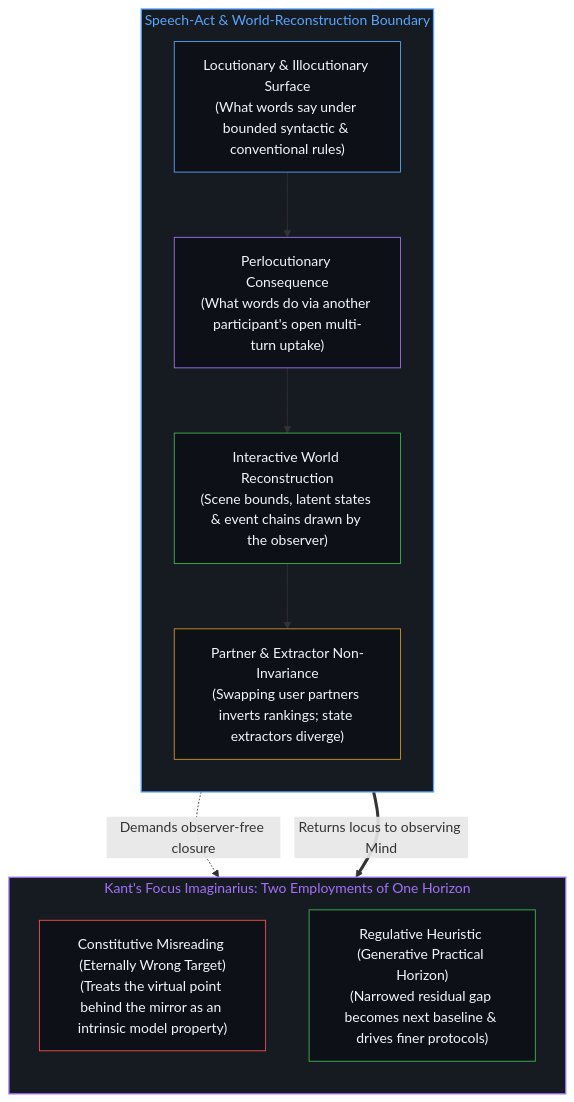
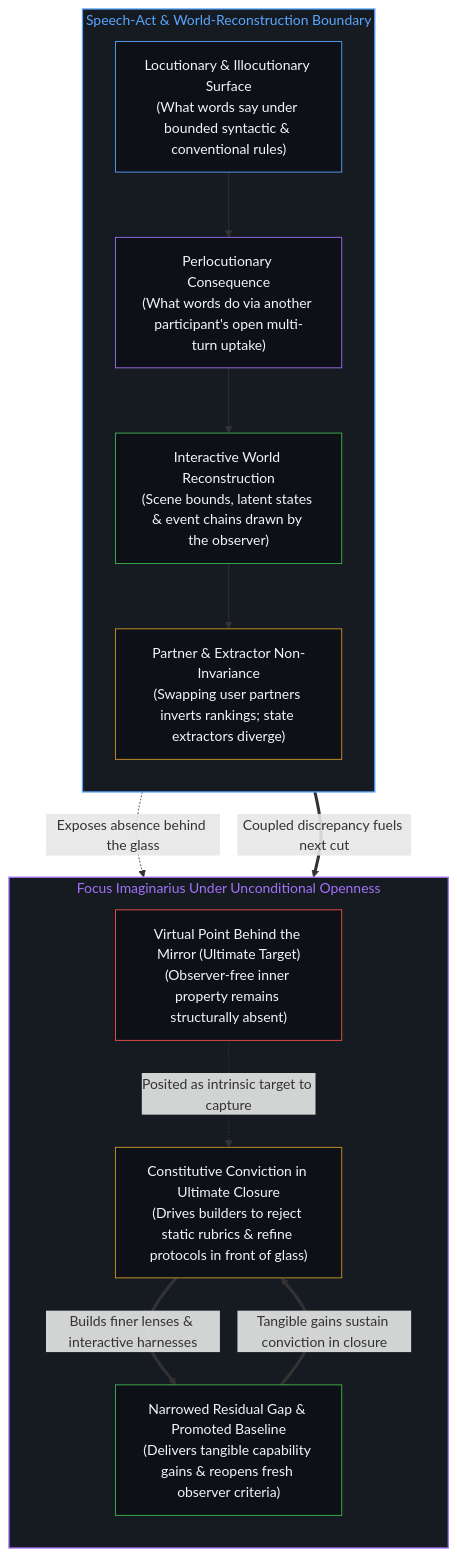
One commit to powerpig99/not-a-toe changed the second of 4 diagrams in content/posts/eternally-wrong-questions-that-haunt-practice.md. Above: the diagram before and after it, drawn with Mermaid. The commit also changed other lines of this file and 3 other files, not shown here.

Commit message:
Refine Post #445: trace unconditional openness and the conviction-progress loop

````diff
--- a/content/posts/eternally-wrong-questions-that-haunt-practice.md
+++ b/content/posts/eternally-wrong-questions-that-haunt-practice.md
@@ -50,26 +55,31 @@
 ```mermaid
 flowchart TD
     subgraph S_Speech["Speech-Act & World-Reconstruction Boundary"]
         direction TB
         LOC["Locutionary & Illocutionary Surface<br/>(What words say under bounded syntactic & conventional rules)"]
         PER["Perlocutionary Consequence<br/>(What words do via another participant's open multi-turn uptake)"]
         REC["Interactive World Reconstruction<br/>(Scene bounds, latent states & event chains drawn by the observer)"]
         COUP["Partner & Extractor Non-Invariance<br/>(Swapping user partners inverts rankings; state extractors diverge)"]
         LOC --> PER --> REC --> COUP
     end
-    subgraph S_Focus["Kant's Focus Imaginarius: Two Employments of One Horizon"]
+    subgraph S_Focus["Focus Imaginarius Under Unconditional Openness"]
         direction TB
-        CON["Constitutive Misreading (Eternally Wrong Target)<br/>(Treats the virtual point behind the mirror as an intrinsic model property)"]
-        REG["Regulative Heuristic (Generative Practical Horizon)<br/>(Narrowed residual gap becomes next baseline & drives finer protocols)"]
+        MIR["Virtual Point Behind the Mirror (Ultimate Target)<br/>(Observer-free inner property remains structurally absent)"]
+        CONV["Constitutive Conviction in Ultimate Closure<br/>(Drives builders to reject static rubrics & refine protocols in front of glass)"]
+        GAIN["Narrowed Residual Gap & Promoted Baseline<br/>(Delivers tangible capability gains & reopens fresh observer criteria)"]
+        MIR -. "Posited as intrinsic target to capture" .-> CONV
+        CONV ==>|"Builds finer lenses & interactive harnesses"| GAIN
+        GAIN ==>|"Tangible gains sustain conviction in closure"| CONV
     end
-    COUP -. "Demands observer-free closure" .-> CON
-    COUP ==>|"Returns locus to observing Mind"| REG
+    COUP -. "Exposes absence behind the glass" .-> MIR
+    COUP ==>|"Coupled discrepancy fuels next cut"| CONV
     style S_Speech fill:#161b22,stroke:#58a6ff,stroke-width:1.5px,color:#58a6ff
     style S_Focus fill:#161b22,stroke:#a371f7,stroke-width:1.5px,color:#a371f7
     style LOC fill:#0d1117,stroke:#58a6ff,stroke-width:1px,color:#f0f6fc
     style PER fill:#0d1117,stroke:#a371f7,stroke-width:1px,color:#f0f6fc
     style REC fill:#0d1117,stroke:#3fb950,stroke-width:1px,color:#f0f6fc
     style COUP fill:#0d1117,stroke:#d29922,stroke-width:1px,color:#f0f6fc
-    style CON fill:#0d1117,stroke:#f85149,stroke-width:1px,color:#f0f6fc
-    style REG fill:#0d1117,stroke:#3fb950,stroke-width:1px,color:#f0f6fc
+    style MIR fill:#0d1117,stroke:#f85149,stroke-width:1px,color:#f0f6fc
+    style CONV fill:#0d1117,stroke:#d29922,stroke-width:1px,color:#f0f6fc
+    style GAIN fill:#0d1117,stroke:#3fb950,stroke-width:1px,color:#f0f6fc
 ```
````
